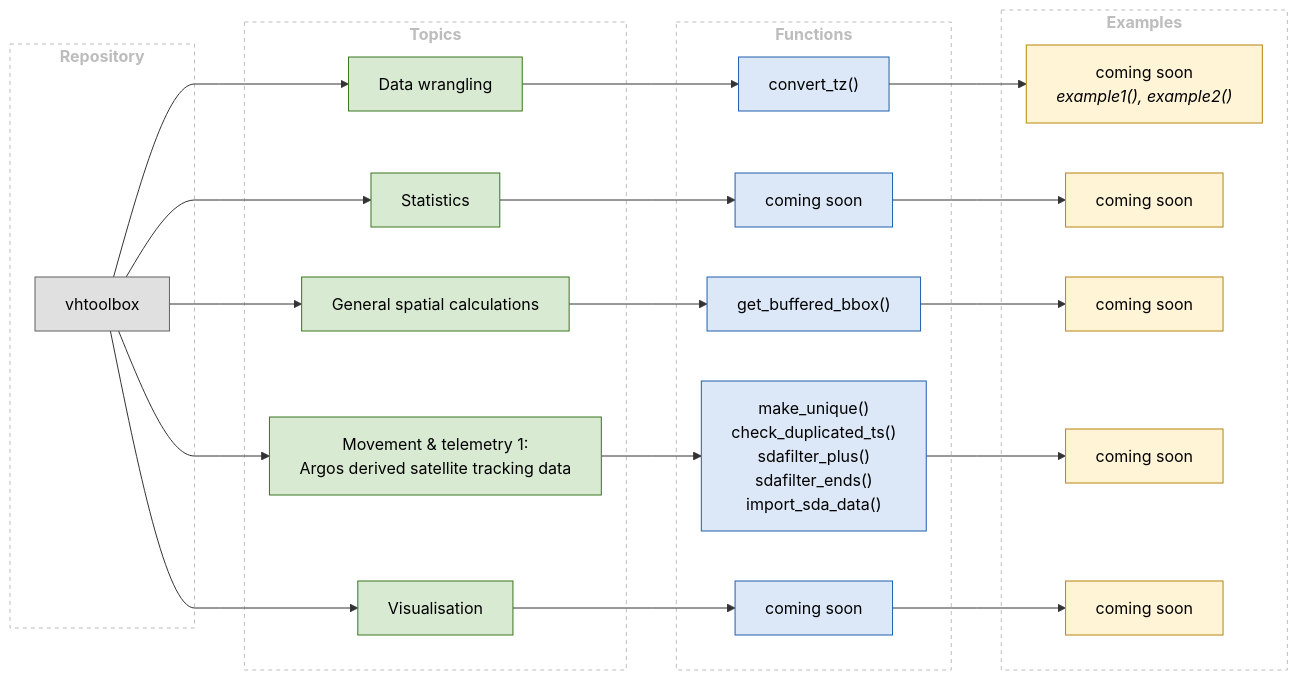
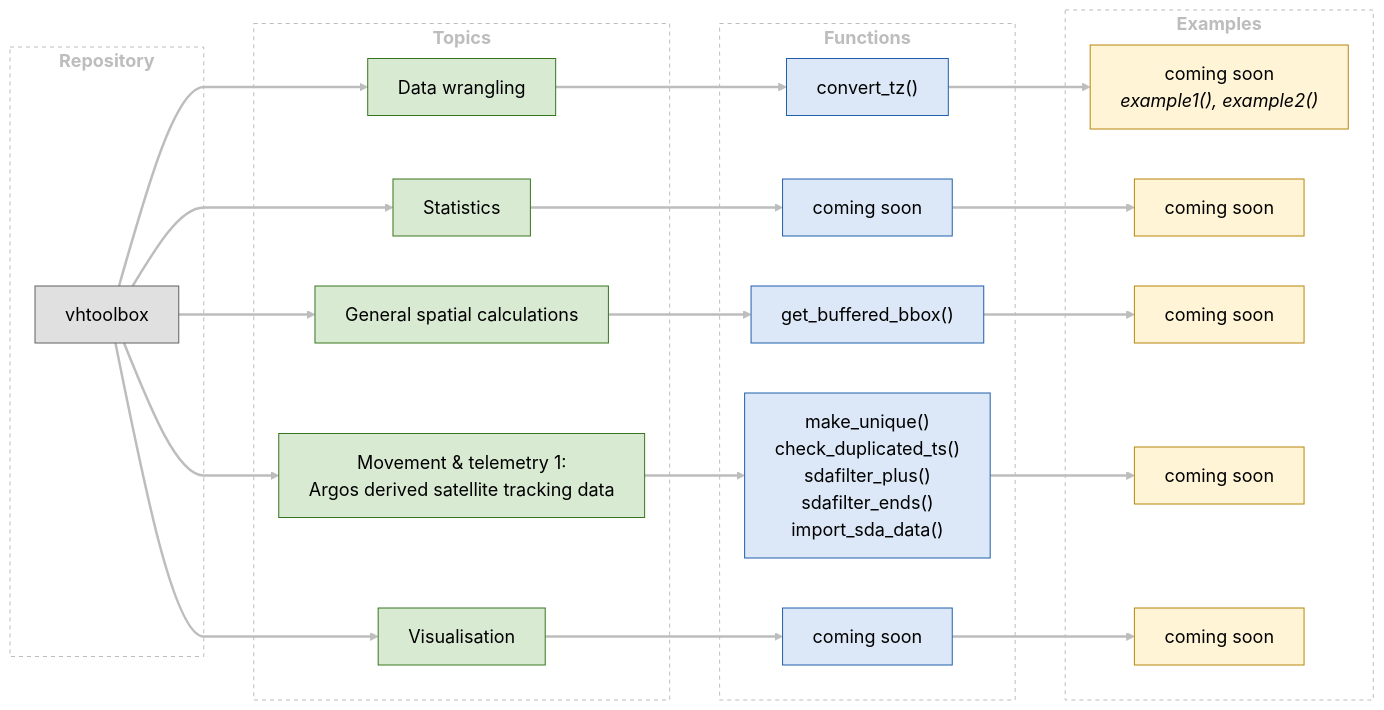
Before and after one commit to vheim/vhtoolbox: the diagram in README.md, drawn with Mermaid.

Commit message:
mermaid aesthetics

````diff
--- a/README.md
+++ b/README.md
@@ -25,58 +25,63 @@
 ```mermaid
 ---
 config:
   theme: default
+  themeVariables:
+    fontSize: 18px
+    lineColor: "#BDBDBD"
+  themeCSS: ".marker { overflow: visible; } .marker path { transform: scale(1.5); transform-origin: 10px 5px; }"
   look: classic
   layout: dagre
   flowchart:
     curve: monotoneX
     wrappingWidth: 400
 ---
 flowchart LR
   subgraph L1["`**Repository**`"]
     R["vhtoolbox"]
   end
   subgraph L2["`**Topics**`"]
     T1["Data wrangling"]
     T2["Statistics"]
     T3["General spatial calculations"]
     T4["Movement & telemetry 1:<br/>Argos derived satellite tracking data"]
     T5["Visualisation"]
   end
   subgraph L3["`**Functions**`"]
     F1["convert_tz()"]
     F2["coming soon"]
     F3["get_buffered_bbox()"]
     F4["make_unique()<br/>check_duplicated_ts()<br/>sdafilter_plus()<br/>sdafilter_ends()<br/>import_sda_data()"]
     F5["coming soon"]
   end
   subgraph L4["`**Examples**`"]
     E1["coming soon<br/><i>example1(), example2()</i>"]
     E2["coming soon"]
     E3["coming soon"]
     E4["coming soon"]
     E5["coming soon"]
   end
 
   R --> T1 & T2 & T3 & T4 & T5
   T1 --> F1 --> E1
   T2 --> F2 --> E2
   T3 --> F3 --> E3
   T4 --> F4 --> E4
   T5 --> F5 --> E5
 
   %% One example box per topic: replace "coming soon" with the example name(s),
   %% each followed by the functions it uses in italics, e.g.
   %%   E4["Rexample_sdafilter_plus.R<br/><i>sdafilter_plus(), sdafilter_ends()</i>"]
 
   classDef repo     fill:#E0E0E0,stroke:#616161,color:#000;
   classDef topic    fill:#D9EAD3,stroke:#38761D,color:#000;
   classDef func     fill:#DCE8F7,stroke:#1F5FAD,color:#000;
   classDef example  fill:#FFF4D6,stroke:#B8860B,color:#000;
   classDef level    fill:none,stroke:#BDBDBD,stroke-dasharray:4 4,color:#BDBDBD;
   class R repo;
   class T1,T2,T3,T4,T5 topic;
   class F1,F2,F3,F4,F5 func;
   class E1,E2,E3,E4,E5 example;
   class L1,L2,L3,L4 level;
+  linkStyle default stroke:#BDBDBD,stroke-width:2.5px;
 ```
````
